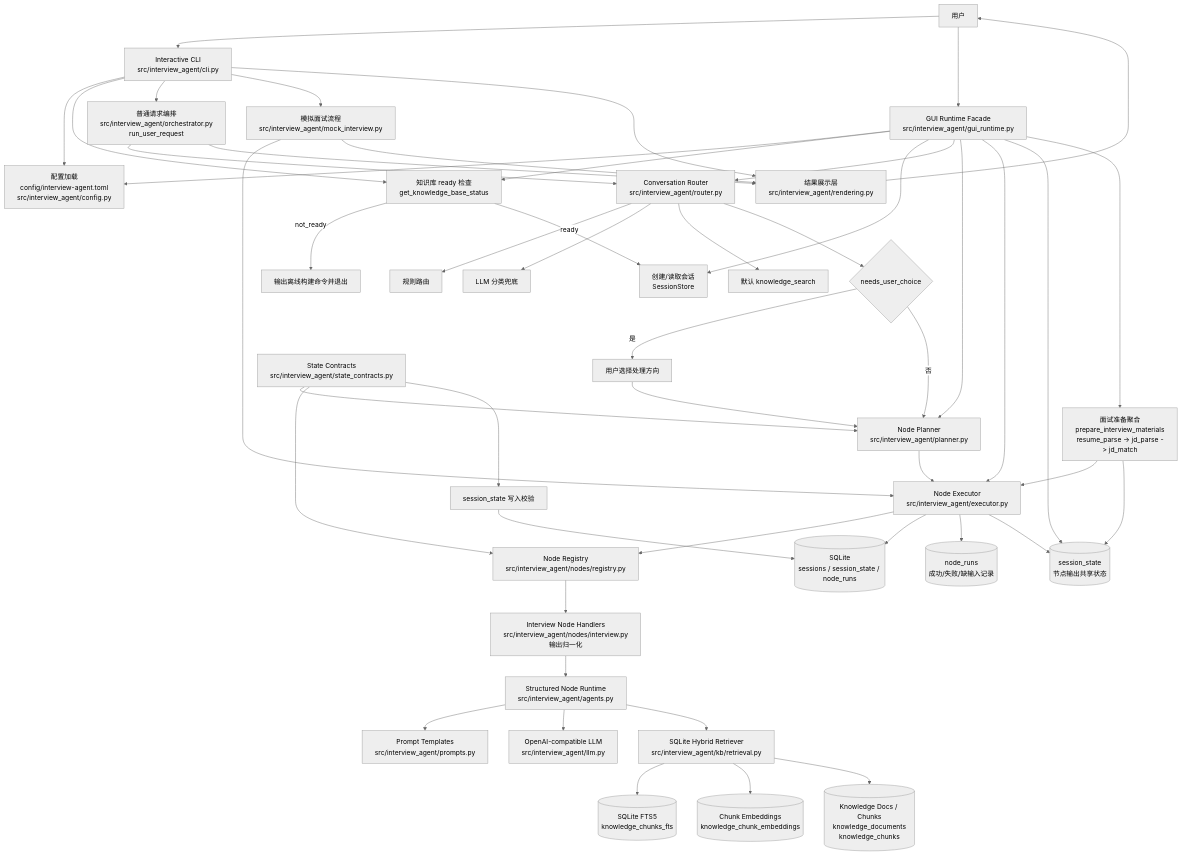
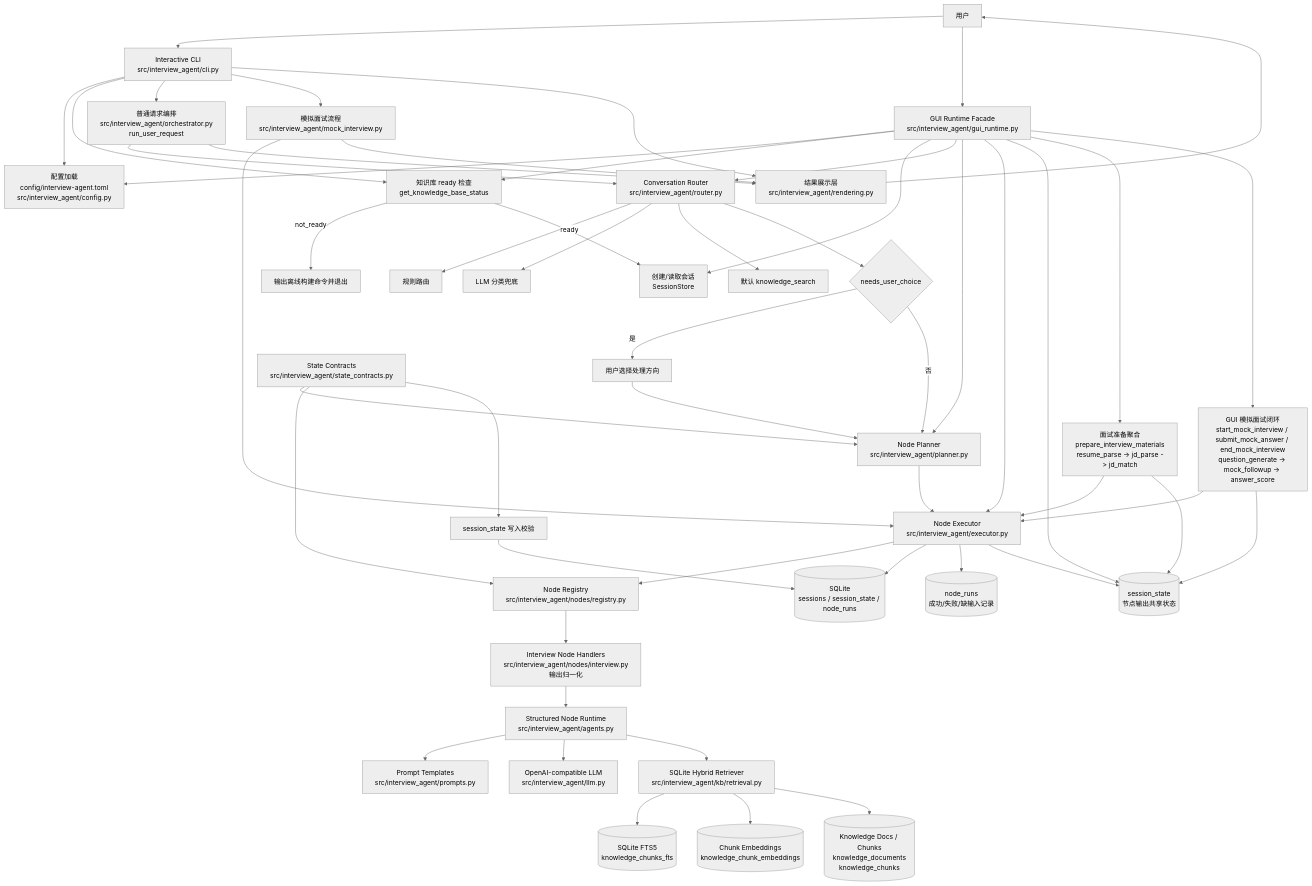
One commit to kaomianjin2/resume-agent changed the first of 4 diagrams in docs/architecture.md. Above: the diagram before and after it, drawn with Mermaid (neutral theme). The commit also changed other lines of this file and 3 other files, not shown here.

````diff
--- a/docs/architecture.md
+++ b/docs/architecture.md
@@ -15,60 +15,63 @@
 ```mermaid
 flowchart TD
     User[用户] --> CLI[Interactive CLI<br/>src/interview_agent/cli.py]
     User --> GUIRuntime[GUI Runtime Facade<br/>src/interview_agent/gui_runtime.py]
 
     CLI --> Config[配置加载<br/>config/interview-agent.toml<br/>src/interview_agent/config.py]
     GUIRuntime --> Config
     CLI --> KBReady[知识库 ready 检查<br/>get_knowledge_base_status]
     GUIRuntime --> KBReady
     KBReady -->|not_ready| OfflineHint[输出离线构建命令并退出]
     KBReady -->|ready| Session[创建/读取会话<br/>SessionStore]
     GUIRuntime --> Session
 
     CLI --> Orchestrator[普通请求编排<br/>src/interview_agent/orchestrator.py<br/>run_user_request]
     GUIRuntime --> Router
     GUIRuntime --> Planner
     GUIRuntime --> Executor
     GUIRuntime --> State
     GUIRuntime --> PrepVM[面试准备聚合<br/>prepare_interview_materials<br/>resume_parse -> jd_parse -> jd_match]
     PrepVM --> Executor
     PrepVM --> State
+    GUIRuntime --> MockVM[GUI 模拟面试闭环<br/>start_mock_interview / submit_mock_answer / end_mock_interview<br/>question_generate -> mock_followup -> answer_score]
+    MockVM --> Executor
+    MockVM --> State
     CLI --> MockFlow[模拟面试流程<br/>src/interview_agent/mock_interview.py]
     CLI --> Rendering[结果展示层<br/>src/interview_agent/rendering.py]
     Orchestrator --> Router[Conversation Router<br/>src/interview_agent/router.py]
     Router --> RuleRoute[规则路由]
     Router --> LLMRoute[LLM 分类兜底]
     Router --> DefaultRoute[默认 knowledge_search]
     Router --> DirectionChoice{needs_user_choice}
     DirectionChoice -->|是| UserChoice[用户选择处理方向]
     DirectionChoice -->|否| Planner
 
     UserChoice --> Planner
     Planner[Node Planner<br/>src/interview_agent/planner.py]
     StateContracts[State Contracts<br/>src/interview_agent/state_contracts.py]
     StateContracts --> Planner
     Planner --> Executor[Node Executor<br/>src/interview_agent/executor.py]
     MockFlow --> Executor
 
     Executor --> Registry[Node Registry<br/>src/interview_agent/nodes/registry.py]
     StateContracts --> Registry
     StateContracts --> SessionValidation[session_state 写入校验]
     Registry --> Handlers[Interview Node Handlers<br/>src/interview_agent/nodes/interview.py<br/>输出归一化]
 
     Executor --> SQLite[(SQLite<br/>sessions / session_state / node_runs)]
     SessionValidation --> SQLite
     Handlers --> AgentRuntime[Structured Node Runtime<br/>src/interview_agent/agents.py]
     AgentRuntime --> Prompts[Prompt Templates<br/>src/interview_agent/prompts.py]
     AgentRuntime --> LLM[OpenAI-compatible LLM<br/>src/interview_agent/llm.py]
     AgentRuntime --> Retriever[SQLite Hybrid Retriever<br/>src/interview_agent/kb/retrieval.py]
 
     Retriever --> FTS[(SQLite FTS5<br/>knowledge_chunks_fts)]
     Retriever --> Embeddings[(Chunk Embeddings<br/>knowledge_chunk_embeddings)]
     Retriever --> KBChunks[(Knowledge Docs / Chunks<br/>knowledge_documents<br/>knowledge_chunks)]
 
     Executor --> Runs[(node_runs<br/>成功/失败/缺输入记录)]
     Executor --> State[(session_state<br/>节点输出共享状态)]
     Orchestrator --> Rendering
     MockFlow --> Rendering
     Rendering --> User
 ```
````
